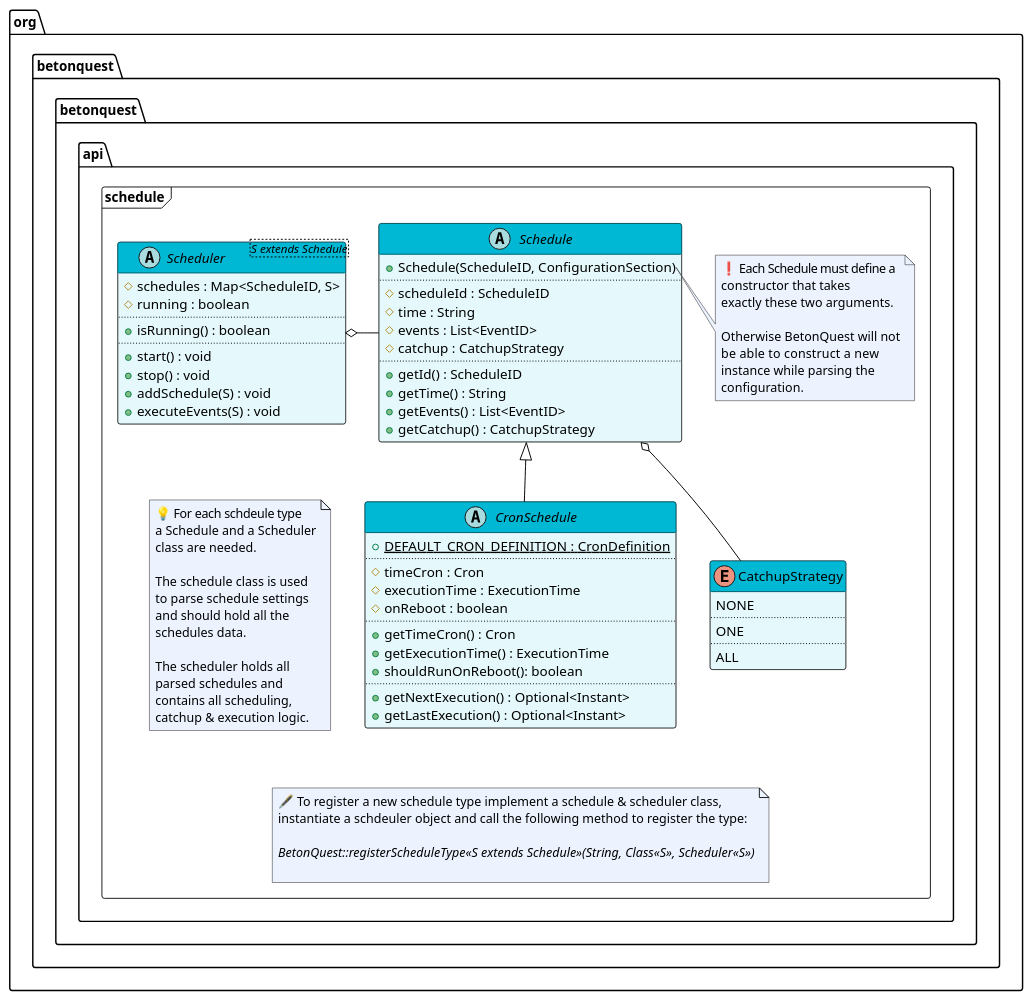
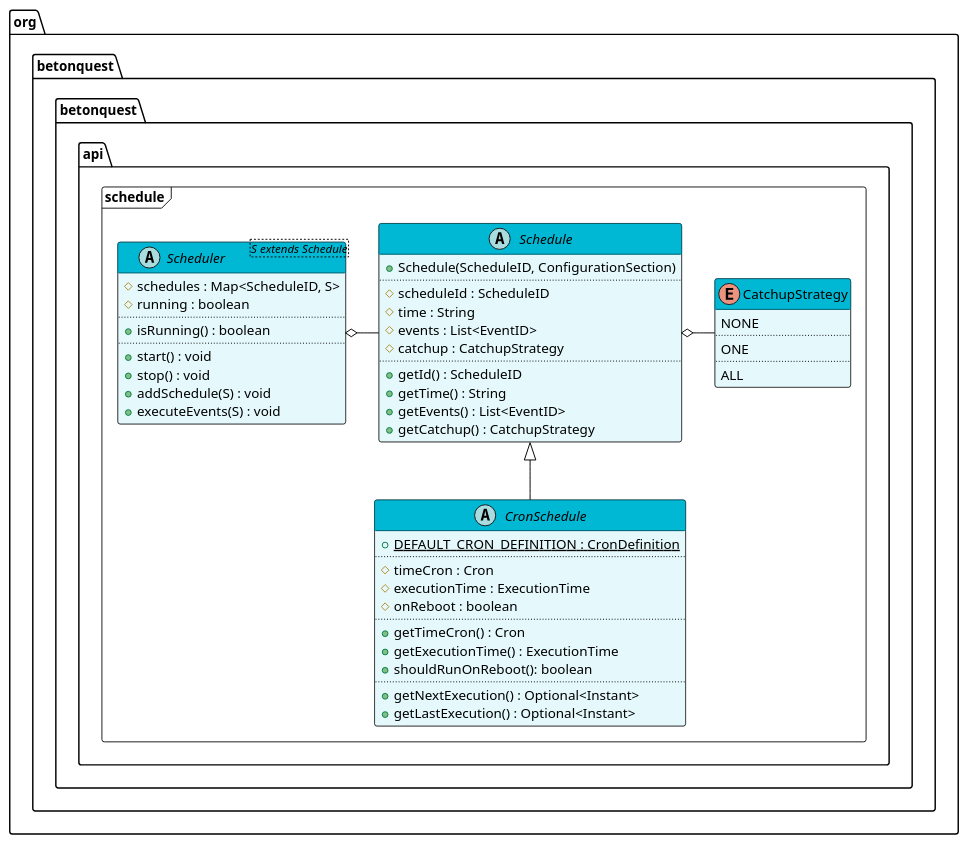
Before and after one commit to BetonQuest/BetonQuest: the diagram in docs/_media/content/API/Schedules/Schedule-light.puml, drawn with PlantUML. The commit also changed 6 other files, not shown here.

```diff
--- a/docs/_media/content/API/Schedules/Schedule-light.puml
+++ b/docs/_media/content/API/Schedules/Schedule-light.puml
@@ -1,114 +1,71 @@
 @startuml "Schedule-light"
 skinparam ArrowColor black
 skinparam BackgroundColor transparent
 skinparam class {
     StereotypeFontColor black
     FontColor black
     BackgroundColor #E5F8FB
     HeaderBackgroundColor #00B8D4
     BorderColor black
 }
 skinparam note {
     FontColor black
     BackgroundColor #ECF3FF
 }
 
-
 package "org.betonquest.betonquest.api.schedule" <<Frame>> {
     abstract class Schedule {
         + Schedule(ScheduleID, ConfigurationSection)
         ..
         # scheduleId : ScheduleID
         # time : String
         # events : List<EventID>
         # catchup : CatchupStrategy
         ..
         + getId() : ScheduleID
         + getTime() : String
         + getEvents() : List<EventID>
         + getCatchup() : CatchupStrategy
     }
-
-    note right of Schedule::"Schedule(ScheduleID, ConfigurationSection)"
-        ❗ Each Schedule must define a
-        constructor that takes 
-        exactly these two arguments.
-
-        Otherwise BetonQuest will not
-        be  able to construct a new 
-        instance while parsing the 
-        configuration.
-    end note
 
     enum CatchupStrategy {
         NONE
         ..
         ONE
         ..
         ALL
     }
 
     abstract class CronSchedule extends Schedule {
         + {static} DEFAULT_CRON_DEFINITION : CronDefinition
         ..
         # timeCron : Cron
         # executionTime : ExecutionTime
         # onReboot : boolean
         ..
         + getTimeCron() : Cron
         + getExecutionTime() : ExecutionTime
         + shouldRunOnReboot(): boolean
         ..
         + getNextExecution() : Optional<Instant>
         + getLastExecution() : Optional<Instant>
     }
 
     abstract class Scheduler <S extends Schedule> {
         # schedules : Map<ScheduleID, S>
         # running : boolean
         ..
         + isRunning() : boolean
         ..
         + start() : void
         + stop() : void
         + addSchedule(S) : void
         + executeEvents(S) : void
     }
 
-    note as N2
-        💡 For each schdeule type
-        a Schedule and a Scheduler
-        class are needed. 
+    Schedule o-right- CatchupStrategy
+    Scheduler o-right- Schedule
 
-        The schedule class is used
-        to parse schedule settings
-        and should hold all the
-        schedules data. 
-
-        The scheduler holds all
-        parsed schedules and
-        contains all scheduling,
-        catchup & execution logic.
-    end note
-
-    note as N3
-        🖋️ To register a new schedule type implement a schedule & scheduler class,
-        instantiate a schdeuler object and call the following method to register the type:
-        
-        <i>BetonQuest::registerScheduleType<<S extends Schedule>>(String, Class<<S>>, Scheduler<<S>>)</i>
-        
-    end note
-
-    Schedule o-down- CatchupStrategy
-    Scheduler o-right- Schedule
-    CronSchedule -[hidden]right- CatchupStrategy 
-
-    N2 -[hidden]up- Scheduler
-    N2 -[hidden]up- Schedule
-
-    N3 -[hidden]up- N2
-    N3 -[hidden]up- CronSchedule
-    N3 -[hidden]up- CatchupStrategy
 }
 
 @enduml
```
